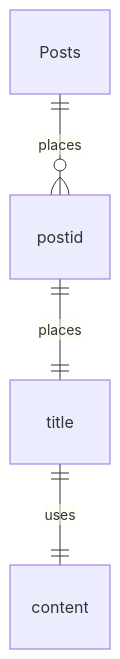
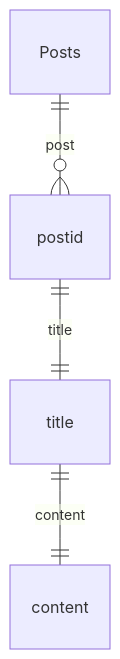
The diagram in Readme.md (tootoyproject/Backend), drawn with Mermaid before and after one commit.

````diff
--- a/Readme.md
+++ b/Readme.md
@@ -4,7 +4,7 @@
 ```mermaid
 erDiagram
-    Posts ||--o{ postid : places
-    postid ||--|| title : places
-    title ||--|| content : uses
+    Posts ||--o{ postid : post
+    postid ||--|| title : title
+    title ||--|| content : content
 
 ```
````
